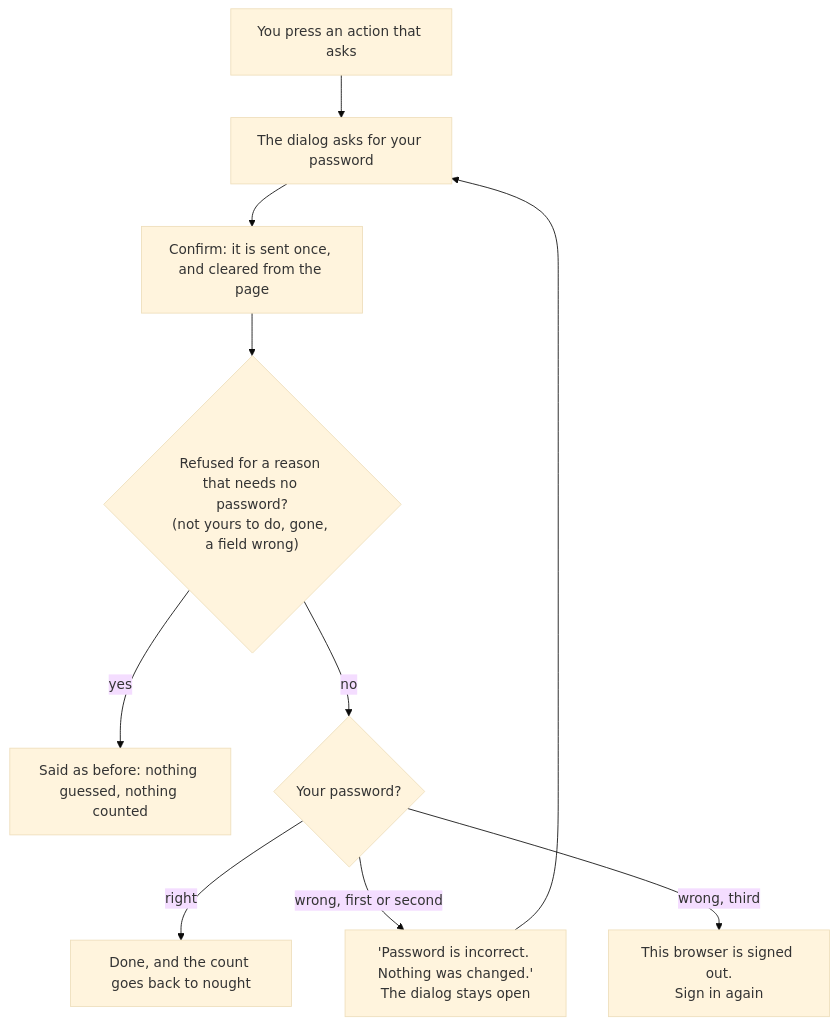
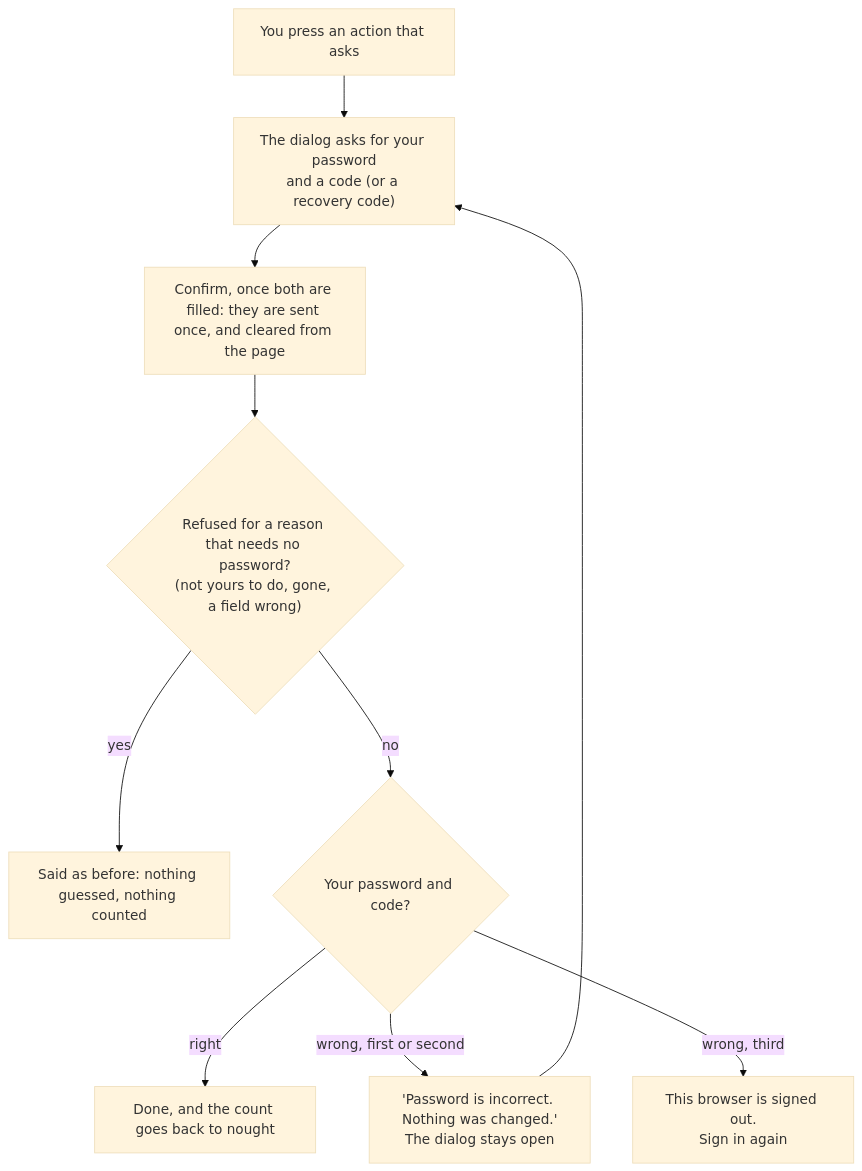
Before and after one commit to gitBoon/DumpFire: the third of 22 diagrams in docs/admin-guide.md, drawn with Mermaid (base theme). The commit also changed other lines of this file and 37 other files, not shown here.

````diff
--- a/docs/admin-guide.md
+++ b/docs/admin-guide.md
@@ -144,12 +144,12 @@
 ```mermaid
 flowchart TD
-    Press["You press an action that asks"] --> Field["The dialog asks for your password"]
-    Field --> Sent["Confirm: it is sent once, and cleared from the page"]
+    Press["You press an action that asks"] --> Field["The dialog asks for your password<br/>and a code (or a recovery code)"]
+    Field --> Sent["Confirm, once both are filled: they are sent once, and cleared from the page"]
     Sent --> Refusable{"Refused for a reason that needs no password?<br/>(not yours to do, gone, a field wrong)"}
     Refusable -->|"yes"| Said["Said as before: nothing guessed, nothing counted"]
-    Refusable -->|"no"| Right{"Your password?"}
+    Refusable -->|"no"| Right{"Your password and code?"}
     Right -->|"right"| Done["Done, and the count goes back to nought"]
     Right -->|"wrong, first or second"| Again["'Password is incorrect. Nothing was changed.'<br/>The dialog stays open"]
     Again --> Field
     Right -->|"wrong, third"| Out["This browser is signed out.<br/>Sign in again"]
 ```
````
